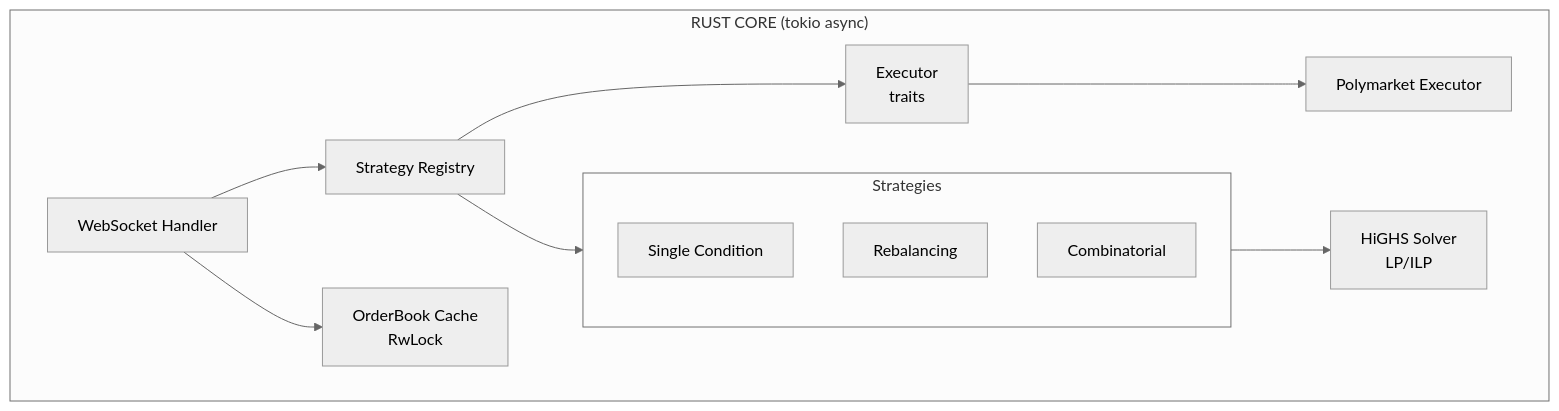
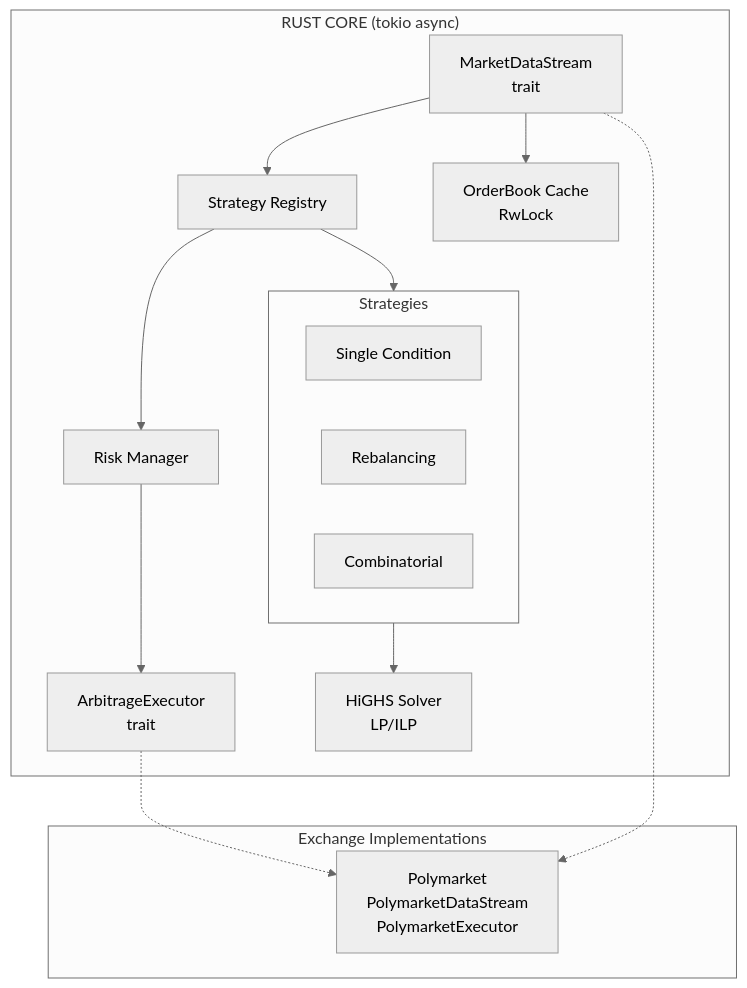
The first of 2 diagrams in doc/architecture/system-design.md (usealtoal/edgelord), drawn with Mermaid (neutral theme) before and after one commit. The commit also changed other lines of this file and 2 other files, not shown here.

Commit message:
docs: update documentation for multi-exchange abstraction

````diff
--- a/doc/architecture/system-design.md
+++ b/doc/architecture/system-design.md
@@ -17,18 +18,25 @@
 ```mermaid
 flowchart TB
     subgraph core["RUST CORE (tokio async)"]
-        WS[WebSocket Handler] --> SR[Strategy Registry]
-        SR --> EX[Executor<br/>traits]
+        WS[MarketDataStream<br/>trait] --> SR[Strategy Registry]
+        SR --> RM[Risk Manager]
         WS --> OBC[OrderBook Cache<br/>RwLock]
 
         subgraph strategies[Strategies]
             SC[Single Condition]
             RB[Rebalancing]
             CB[Combinatorial]
         end
 
         SR --> strategies
         strategies --> HiGHS[HiGHS Solver<br/>LP/ILP]
-        EX --> PM[Polymarket Executor]
+        RM --> EX[ArbitrageExecutor<br/>trait]
     end
+
+    subgraph exchanges["Exchange Implementations"]
+        PM[Polymarket<br/>PolymarketDataStream<br/>PolymarketExecutor]
+    end
+
+    WS -.-> PM
+    EX -.-> PM
 ```
````
